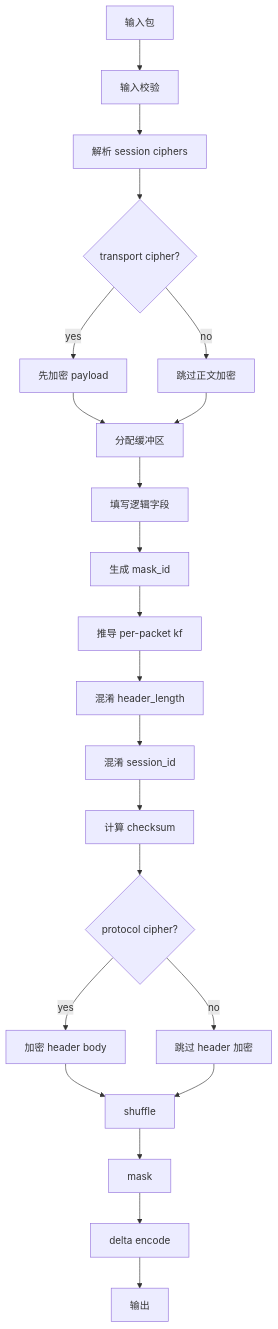
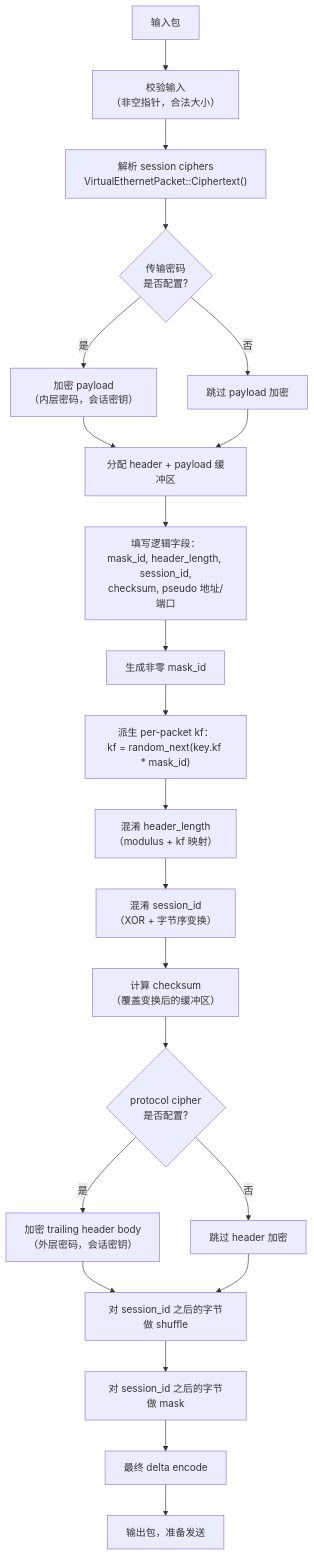
One commit to HyacinthHaru/openppp2 changed the sixth of 8 diagrams in docs/PACKET_FORMATS_CN.md. Above: the diagram before and after it, drawn with Mermaid. The commit also changed other lines of this file and 93 other files, not shown here.

````diff
--- a/docs/PACKET_FORMATS_CN.md
+++ b/docs/PACKET_FORMATS_CN.md
@@ -268,24 +270,24 @@
 ```mermaid
 flowchart TD
-    A[输入包] --> B[输入校验]
-    B --> C[解析 session ciphers]
-    C --> D{transport cipher?}
-    D -->|yes| E[先加密 payload]
-    D -->|no| F[跳过正文加密]
-    E --> G
+    A["输入包"] --> B["校验输入\n（非空指针，合法大小）"]
+    B --> C["解析 session ciphers\nVirtualEthernetPacket::Ciphertext()"]
+    C --> D{"传输密码\n是否配置?"}
+    D -->|"是"| E["加密 payload\n（内层密码，会话密钥）"]
+    D -->|"否"| F["跳过 payload 加密"]
+    E --> G["分配 header + payload 缓冲区"]
     F --> G
-    G[分配缓冲区] --> H[填写逻辑字段]
-    H --> I[生成 mask_id]
-    I --> J[推导 per-packet kf]
-    J --> K[混淆 header_length]
-    K --> L[混淆 session_id]
-    L --> M[计算 checksum]
-    M --> N{protocol cipher?}
-    N -->|yes| O[加密 header body]
-    N -->|no| P[跳过 header 加密]
-    O --> Q
+    G --> H["填写逻辑字段：\nmask_id, header_length, session_id,\nchecksum, pseudo 地址/端口"]
+    H --> I["生成非零 mask_id"]
+    I --> J["派生 per-packet kf：\nkf = random_next(key.kf * mask_id)"]
+    J --> K["混淆 header_length\n（modulus + kf 映射）"]
+    K --> L["混淆 session_id\n（XOR + 字节序变换）"]
+    L --> M["计算 checksum\n（覆盖变换后的缓冲区）"]
+    M --> N{"protocol cipher\n是否配置?"}
+    N -->|"是"| O["加密 trailing header body\n（外层密码，会话密钥）"]
+    N -->|"否"| P["跳过 header 加密"]
+    O --> Q["对 session_id 之后的字节做 shuffle"]
     P --> Q
-    Q[shuffle] --> R[mask]
-    R --> S[delta encode]
-    S --> T[输出]
+    Q --> R["对 session_id 之后的字节做 mask"]
+    R --> S["最终 delta encode"]
+    S --> T["输出包，准备发送"]
 ```
````
